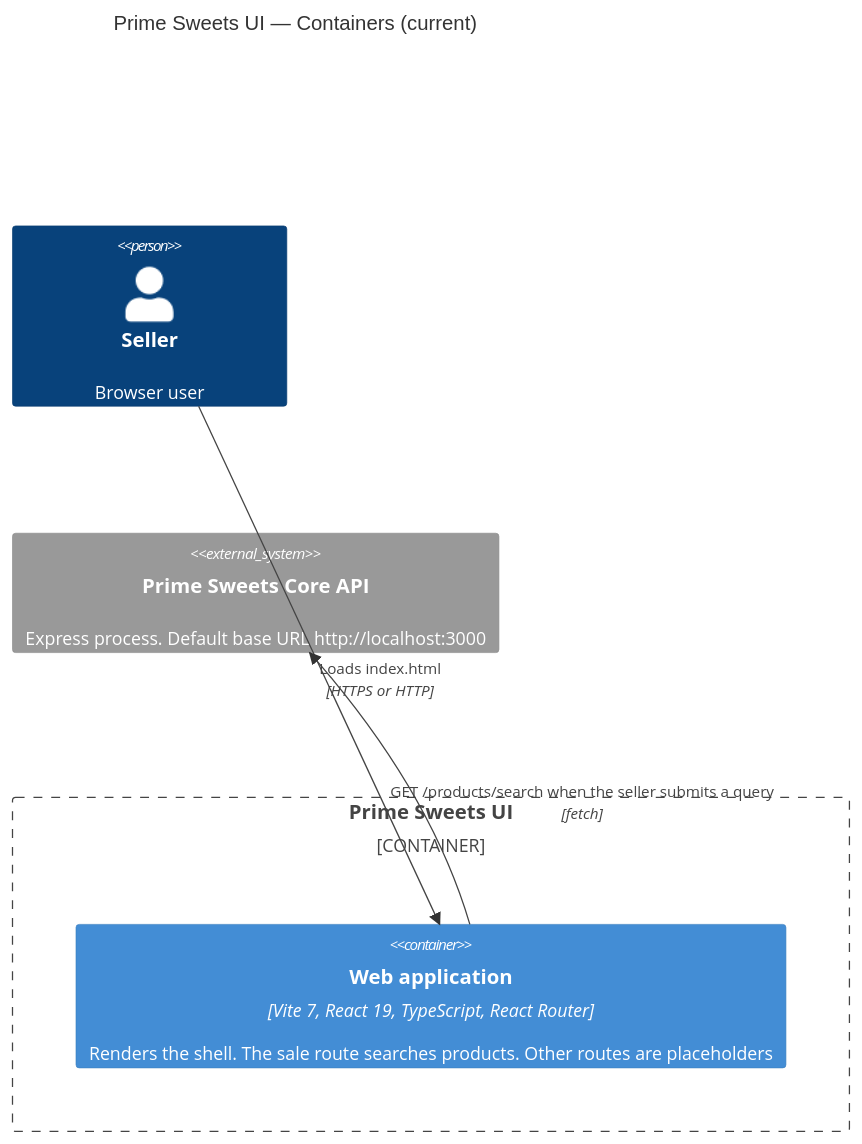
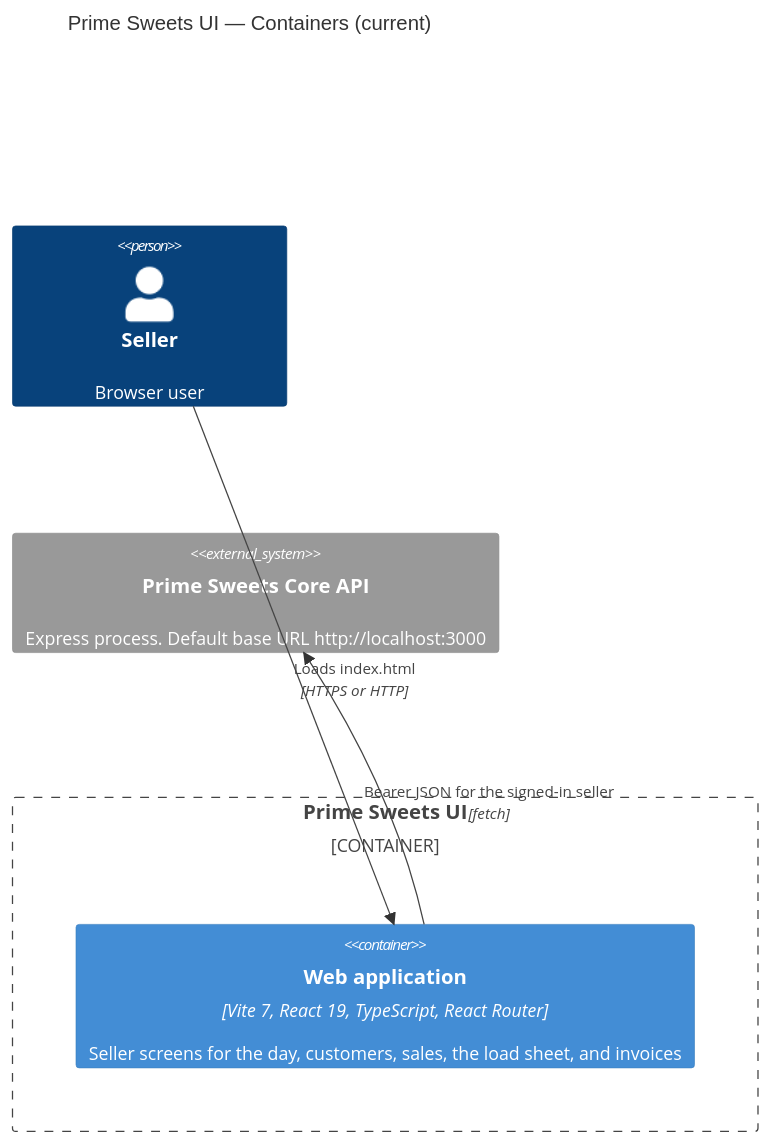
The diagram in docs/architecture/02-container.md (X01SERYO/prime-sweets-ui), drawn with Mermaid before and after one commit. The commit also changed other lines of this file and 11 other files, not shown here.

````diff
--- a/docs/architecture/02-container.md
+++ b/docs/architecture/02-container.md
@@ -9,15 +9,15 @@
 ```mermaid
 C4Container
 title Prime Sweets UI — Containers (current)
 
 Person(seller, "Seller", "Browser user")
 
 Container_Boundary(client, "Prime Sweets UI") {
-  Container(spa, "Web application", "Vite 7, React 19, TypeScript, React Router", "Renders the shell. The sale route searches products. Other routes are placeholders")
+  Container(spa, "Web application", "Vite 7, React 19, TypeScript, React Router", "Seller screens for the day, customers, sales, the load sheet, and invoices")
 }
 
 System_Ext(api, "Prime Sweets Core API", "Express process. Default base URL http://localhost:3000")
 
 Rel(seller, spa, "Loads index.html", "HTTPS or HTTP")
-Rel(spa, api, "GET /products/search when the seller submits a query", "fetch")
+Rel(spa, api, "Bearer JSON for the signed-in seller", "fetch")
 ```
````
